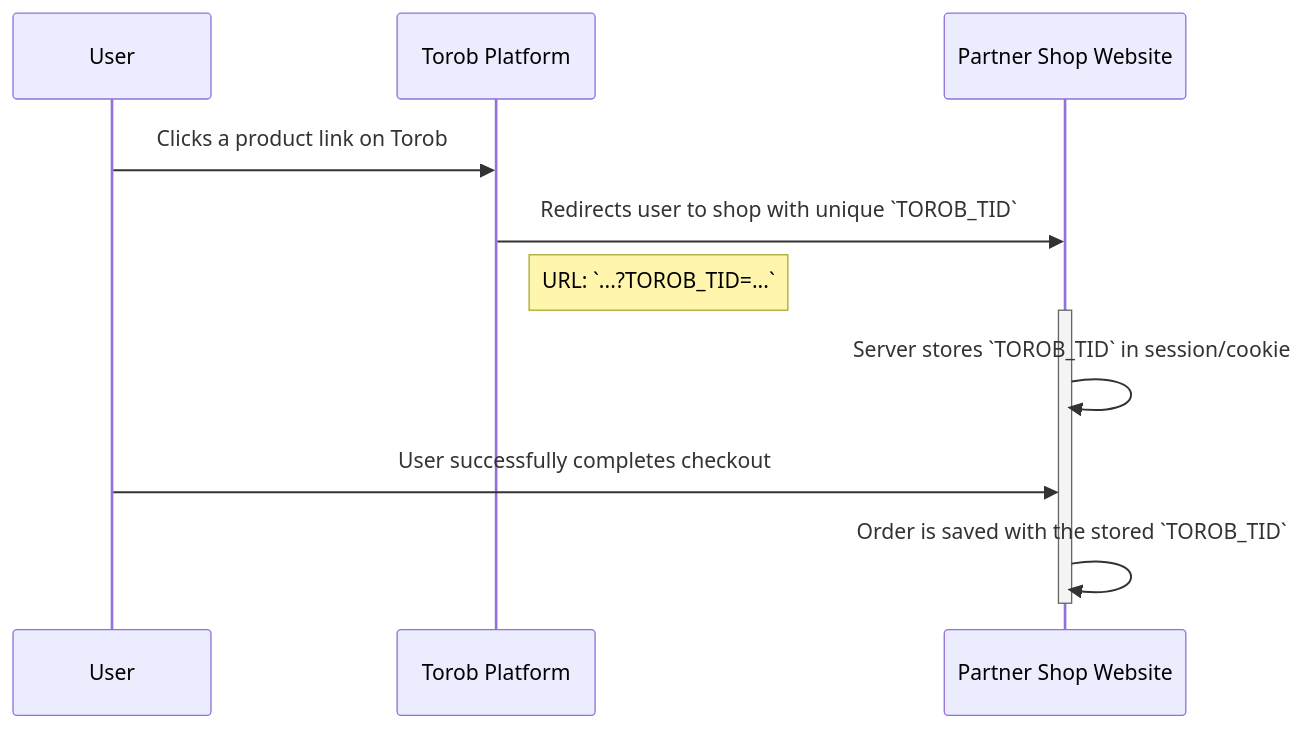
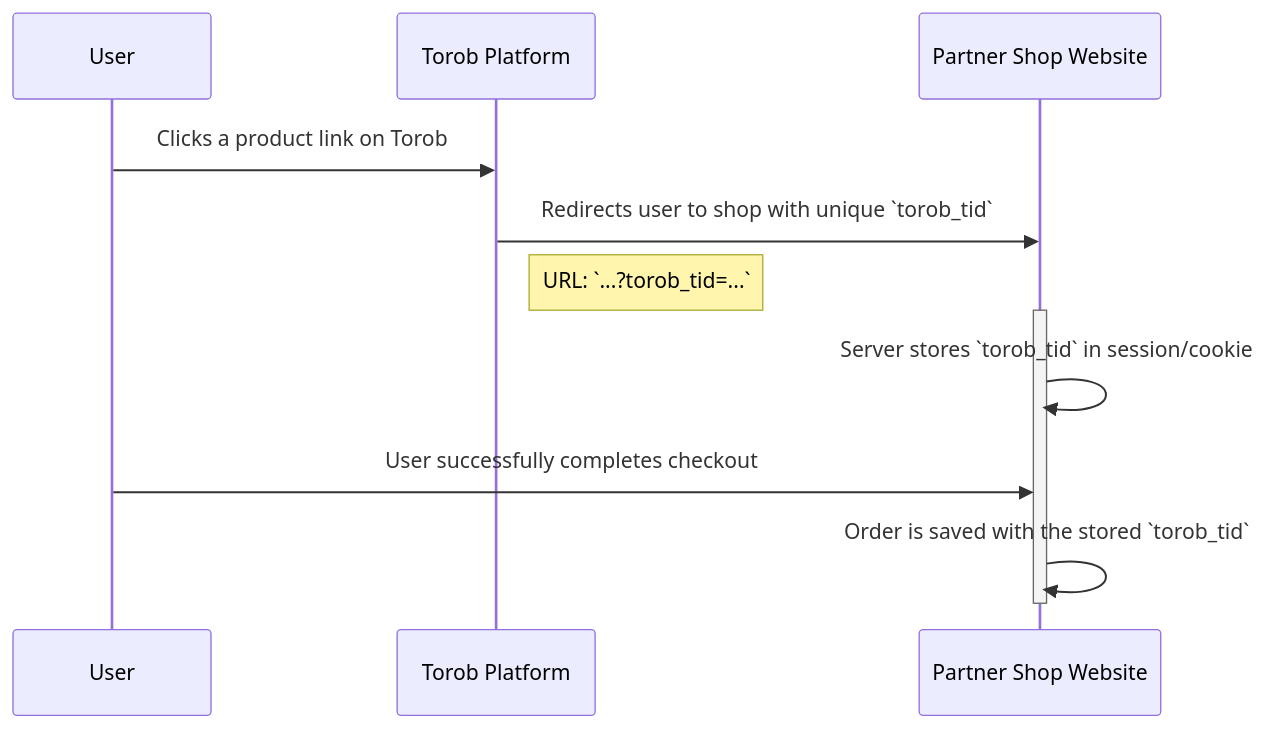
Before and after one commit to Torob/Torob-Sync: the first of 2 diagrams in order_tracking_api.md, drawn with Mermaid. The commit also changed other lines of this file, not shown here.

````diff
--- a/order_tracking_api.md
+++ b/order_tracking_api.md
@@ -9,18 +9,18 @@
 ```mermaid
 sequenceDiagram
     participant User
     participant Torob Platform
     participant Partner Shop Website
 
     %% --- Step 1 & 2: User Click and Redirection ---
     User->>Torob Platform: Clicks a product link on Torob
-    Torob Platform->>Partner Shop Website: Redirects user to shop with unique `TOROB_TID`
-    Note right of Torob Platform: URL: `...?TOROB_TID=...`
+    Torob Platform->>Partner Shop Website: Redirects user to shop with unique `torob_tid`
+    Note right of Torob Platform: URL: `...?torob_tid=...`
 
     %% --- Step 3: Session & Order Attribution ---
     activate Partner Shop Website
-    Partner Shop Website->>Partner Shop Website: Server stores `TOROB_TID` in session/cookie
+    Partner Shop Website->>Partner Shop Website: Server stores `torob_tid` in session/cookie
     User->>Partner Shop Website: User successfully completes checkout
-    Partner Shop Website->>Partner Shop Website: Order is saved with the stored `TOROB_TID`
+    Partner Shop Website->>Partner Shop Website: Order is saved with the stored `torob_tid`
     deactivate Partner Shop Website
 ```
````
